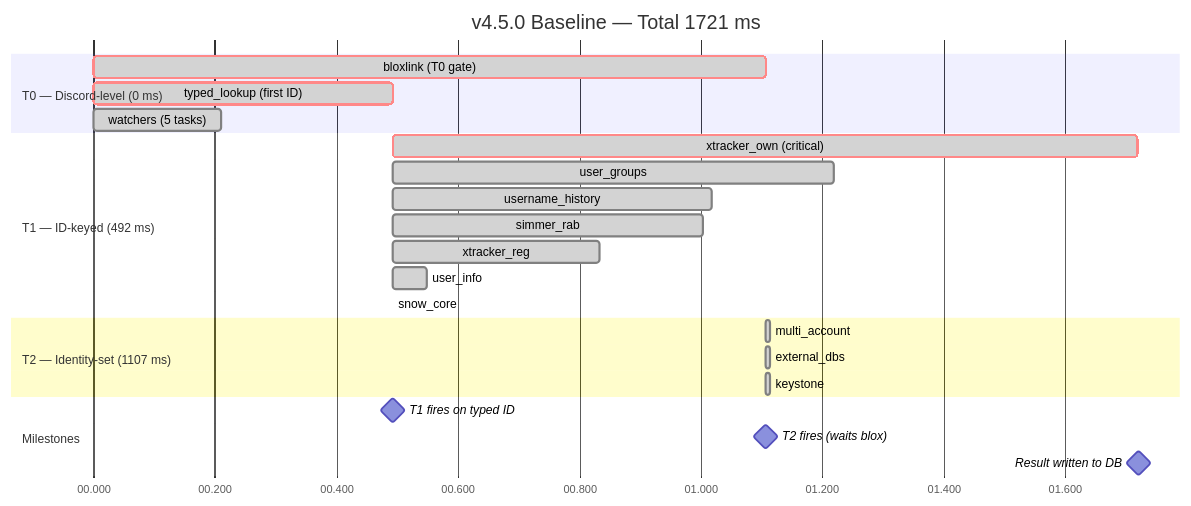
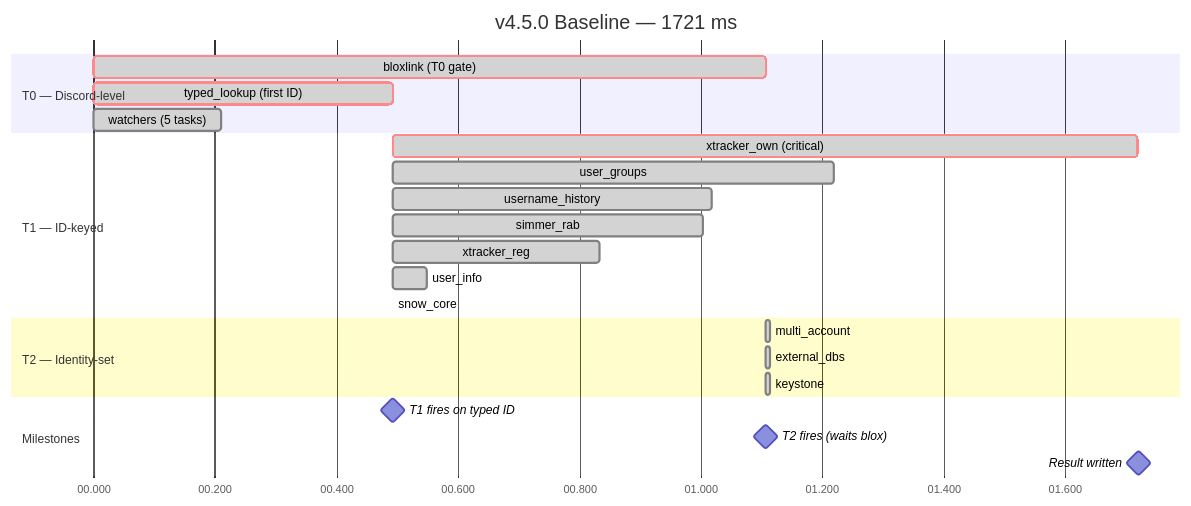
The sixth of 16 diagrams in README.md (pizzarobloxh/bgc-bot), drawn with Mermaid before and after one commit. The commit also changed other lines of this file, not shown here.

````diff
--- a/README.md
+++ b/README.md
@@ -341,31 +417,31 @@
 ```mermaid
 gantt
-    title v4.5.0 Baseline — Total 1721 ms
+    title v4.5.0 Baseline — 1721 ms
     dateFormat x
     axisFormat %S.%L
     todayMarker off
 
-    section T0 — Discord-level (0 ms)
+    section T0 — Discord-level
     bloxlink (T0 gate)      :crit, done,  t_bl,  0,   1107ms
     typed_lookup (first ID) :crit, done,  t_tl,  0,    492ms
     watchers (5 tasks)      :done,        t_w,   0,    210ms
 
-    section T1 — ID-keyed (492 ms)
+    section T1 — ID-keyed
     xtracker_own (critical) :crit, done,  t_xo,  492, 1228ms
     user_groups             :done,        t_ug,  492,  728ms
     username_history        :done,        t_uh,  492,  527ms
     simmer_rab              :done,        t_sr,  492,  511ms
     xtracker_reg            :done,        t_xr,  492,  341ms
     user_info               :done,        t_ui,  492,   57ms
     snow_core               :done,        t_sc,  492,    1ms
 
-    section T2 — Identity-set (1107 ms)
+    section T2 — Identity-set
     multi_account           :done,        t_ma, 1107,    8ms
     external_dbs            :done,        t_ed, 1107,    7ms
     keystone                :done,        t_ks, 1107,    7ms
 
     section Milestones
     T1 fires on typed ID    :milestone,   m1,   492,    0ms
     T2 fires (waits blox)   :milestone,   m2,  1107,    0ms
-    Result written to DB    :milestone,   m3,  1721,    0ms
+    Result written          :milestone,   m3,  1721,    0ms
 ```
````
